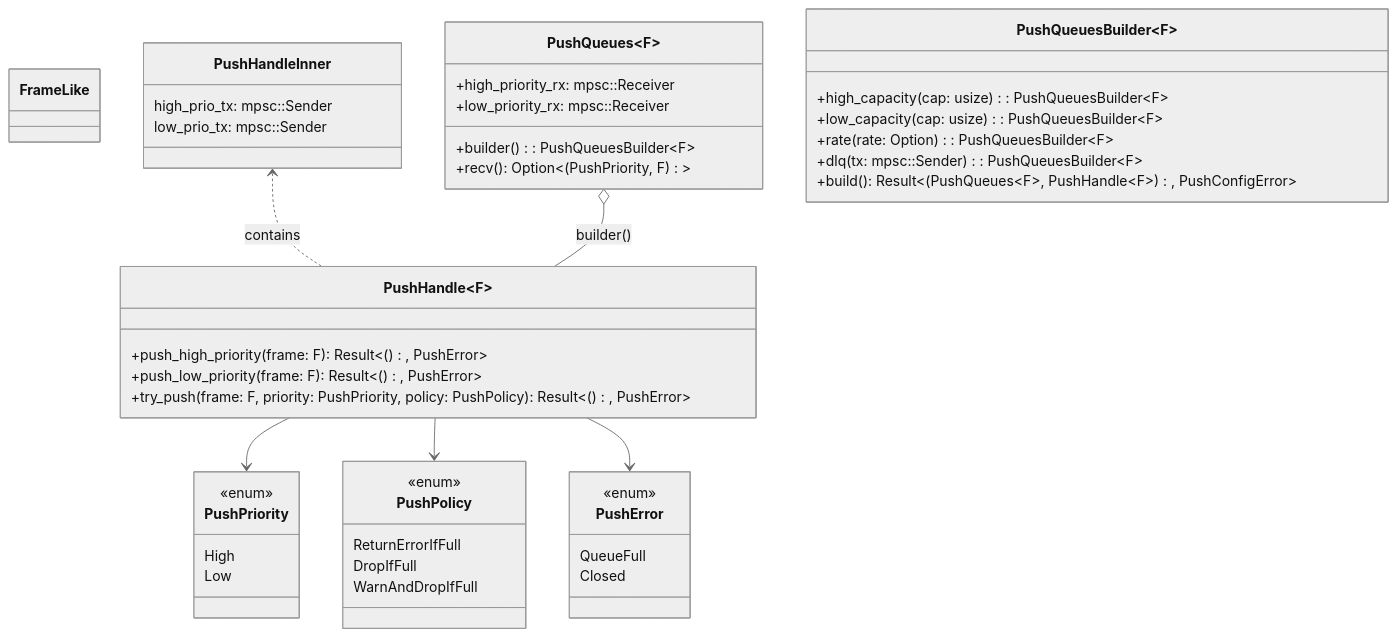
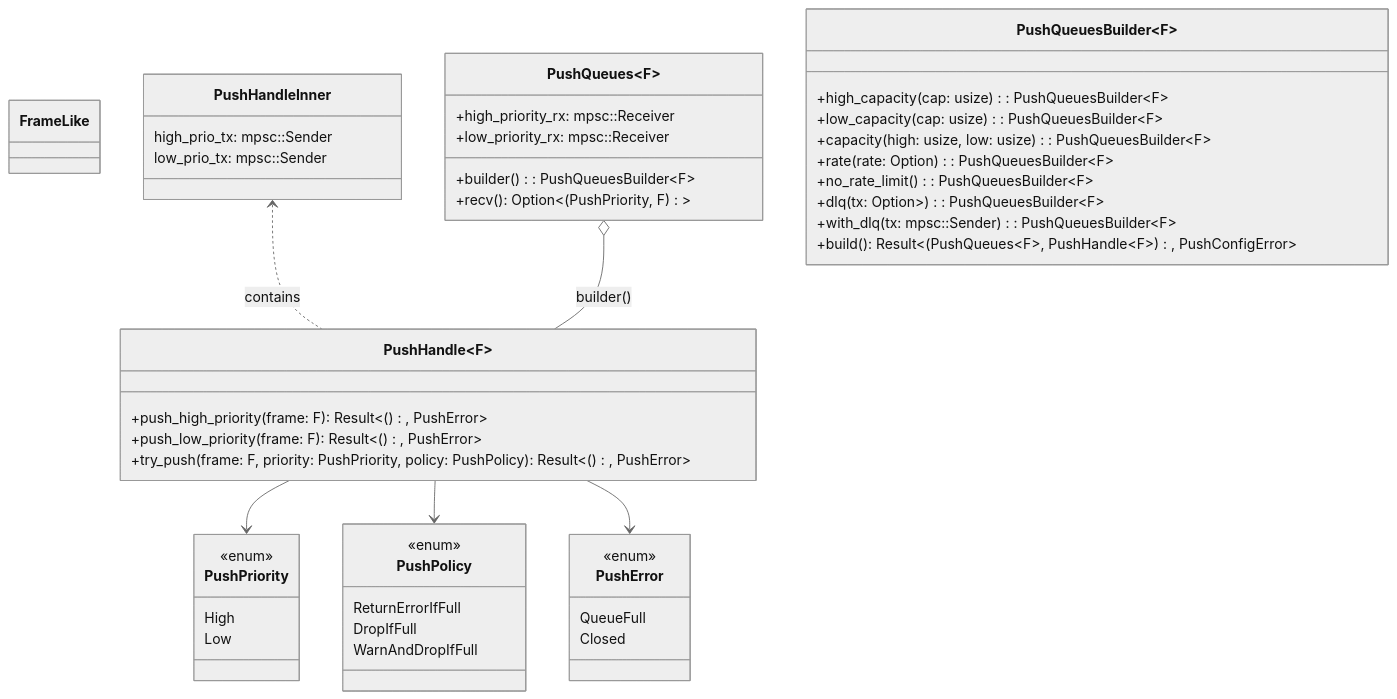
Before and after one commit to leynos/wireframe: the fifth of 15 diagrams in docs/asynchronous-outbound-messaging-design.md, drawn with Mermaid (neutral theme). The commit also changed 15 other files, not shown here.

````diff
--- a/docs/asynchronous-outbound-messaging-design.md
+++ b/docs/asynchronous-outbound-messaging-design.md
@@ -324,49 +324,52 @@
 ```mermaid
 classDiagram
     class FrameLike {
     }
     class PushPriority {
         <<enum>>
         High
         Low
     }
     class PushPolicy {
         <<enum>>
         ReturnErrorIfFull
         DropIfFull
         WarnAndDropIfFull
     }
     class PushError {
         <<enum>>
         QueueFull
         Closed
     }
     class PushHandleInner {
         high_prio_tx: mpsc::Sender<F>
         low_prio_tx: mpsc::Sender<F>
     }
     class PushHandle~F~ {
         +push_high_priority(frame: F): Result<(), PushError>
         +push_low_priority(frame: F): Result<(), PushError>
         +try_push(frame: F, priority: PushPriority, policy: PushPolicy): Result<(), PushError>
     }
     class PushQueues~F~ {
         +high_priority_rx: mpsc::Receiver<F>
         +low_priority_rx: mpsc::Receiver<F>
         +builder(): PushQueuesBuilder~F~
         +recv(): Option<(PushPriority, F)>
     }
     class PushQueuesBuilder~F~ {
         +high_capacity(cap: usize): PushQueuesBuilder~F~
         +low_capacity(cap: usize): PushQueuesBuilder~F~
+        +capacity(high: usize, low: usize): PushQueuesBuilder~F~
         +rate(rate: Option<usize>): PushQueuesBuilder~F~
-        +dlq(tx: mpsc::Sender<F>): PushQueuesBuilder~F~
+        +no_rate_limit(): PushQueuesBuilder~F~
+        +dlq(tx: Option<mpsc::Sender<F>>): PushQueuesBuilder~F~
+        +with_dlq(tx: mpsc::Sender<F>): PushQueuesBuilder~F~
         +build(): Result<(PushQueues~F~, PushHandle~F~), PushConfigError>
     }
 
     PushHandleInner <.. PushHandle~F~ : contains
     PushQueues~F~ o-- PushHandle~F~ : builder()
     PushHandle --> PushPriority
     PushHandle --> PushPolicy
     PushHandle --> PushError
 ```
````
